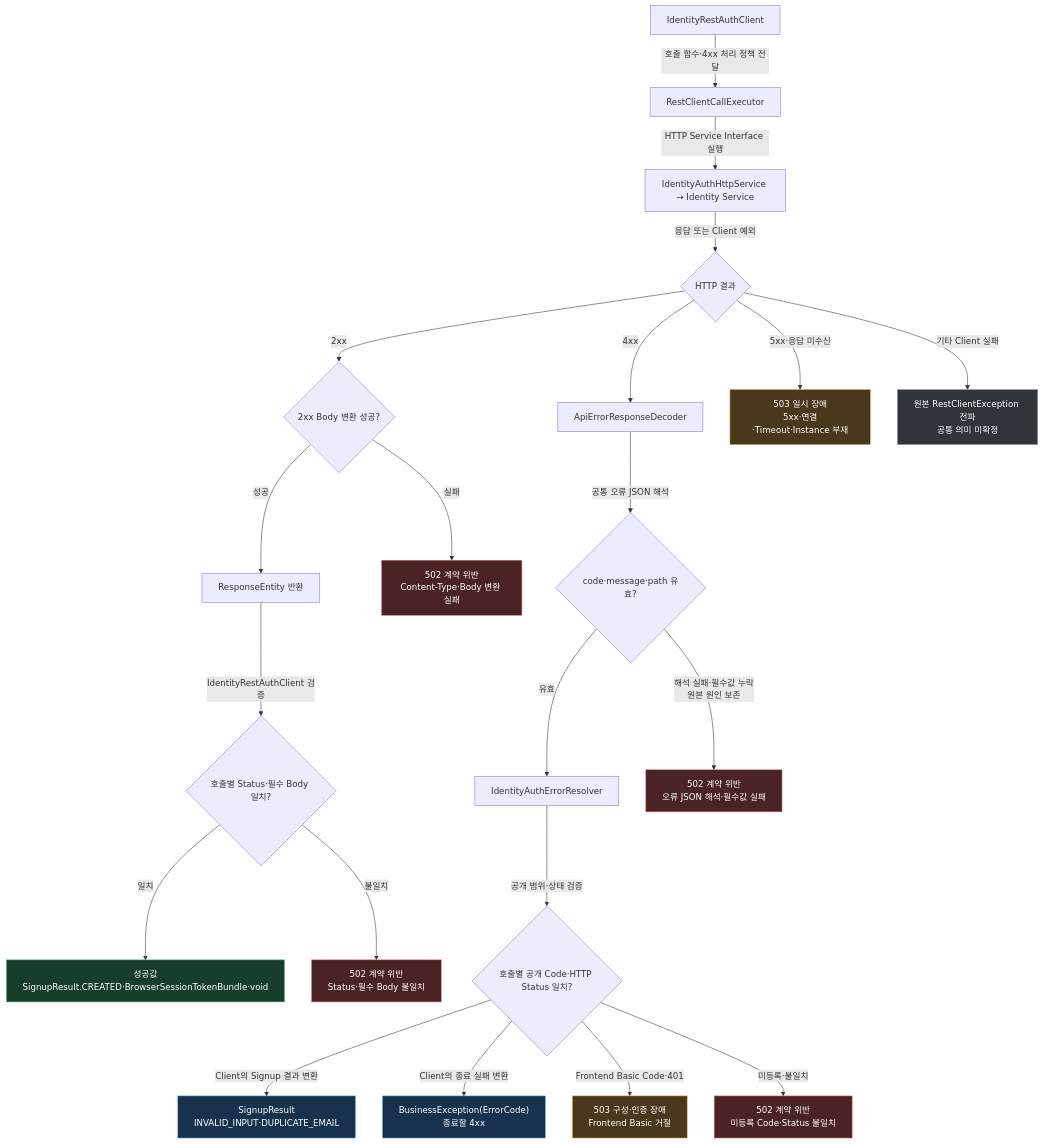
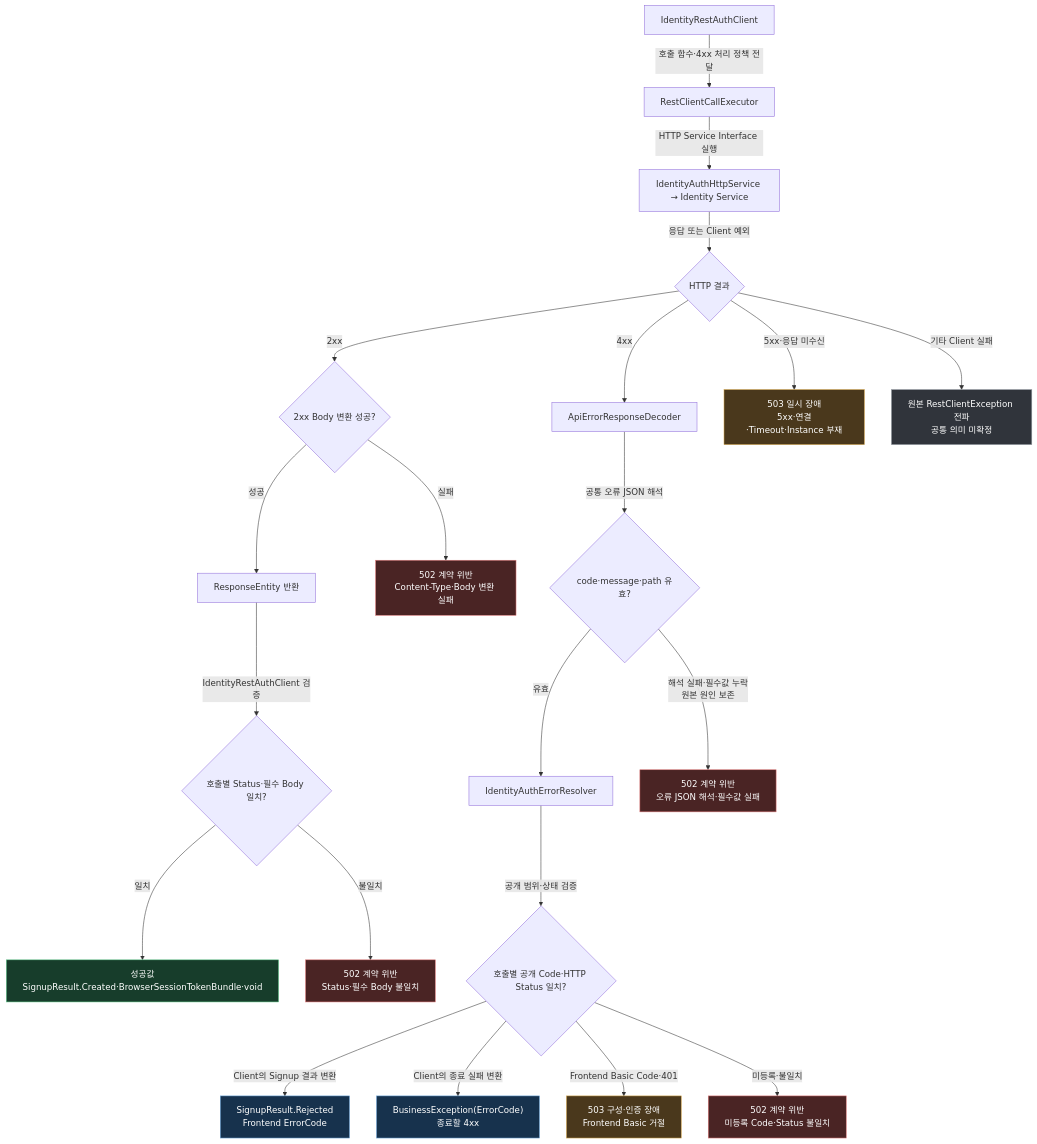
One commit to nhnacademy-aiot3-omagotchi/omagotchi-frontend changed the third of 3 diagrams in docs/onboarding/03-error-and-failure-flow.md. Above: the diagram before and after it, drawn with Mermaid. The commit also changed other lines of this file and 8 other files, not shown here.

````diff
--- a/docs/onboarding/03-error-and-failure-flow.md
+++ b/docs/onboarding/03-error-and-failure-flow.md
@@ -290,63 +300,63 @@
 ```mermaid
 flowchart TB
     Client["IdentityRestAuthClient"]
     Executor["RestClientCallExecutor"]
     Http["IdentityAuthHttpService → Identity Service"]
     Result{"HTTP 결과"}
 
     Body{"2xx Body 변환 성공?"}
     SuccessResponse["ResponseEntity 반환"]
     SuccessContract{"호출별 Status·필수 Body 일치?"}
-    Success["성공값<br/>SignupResult.CREATED·BrowserSessionTokenBundle·void"]
+    Success["성공값<br/>SignupResult.Created·BrowserSessionTokenBundle·void"]
     BodyFailure["502 계약 위반<br/>Content-Type·Body 변환 실패"]
     SuccessFailure["502 계약 위반<br/>Status·필수 Body 불일치"]
 
     Decoder["ApiErrorResponseDecoder"]
     ErrorBody{"code·message·path 유효?"}
     Resolver["IdentityAuthErrorResolver"]
     PublicContract{"호출별 공개 Code·HTTP Status 일치?"}
-    SignupResult["SignupResult<br/>INVALID_INPUT·DUPLICATE_EMAIL"]
+    SignupResult["SignupResult.Rejected<br/>Frontend ErrorCode"]
     PublicFailure["BusinessException(ErrorCode)<br/>종료할 4xx"]
     CredentialFailure["503 구성·인증 장애<br/>Frontend Basic 거절"]
     ErrorContractFailure["502 계약 위반<br/>오류 JSON 해석·필수값 실패"]
     PublicContractFailure["502 계약 위반<br/>미등록 Code·Status 불일치"]
 
     Unavailable["503 일시 장애<br/>5xx·연결·Timeout·Instance 부재"]
     Unknown["원본 RestClientException 전파<br/>공통 의미 미확정"]
 
     Client -->|"호출 함수·4xx 처리 정책 전달"| Executor
     Executor -->|"HTTP Service Interface 실행"| Http
     Http -->|"응답 또는 Client 예외"| Result
 
     Result -->|"2xx"| Body
     Body -->|"성공"| SuccessResponse
     Body -->|"실패"| BodyFailure
     SuccessResponse -->|"IdentityRestAuthClient 검증"| SuccessContract
     SuccessContract -->|"일치"| Success
     SuccessContract -->|"불일치"| SuccessFailure
 
     Result -->|"4xx"| Decoder
     Decoder -->|"공통 오류 JSON 해석"| ErrorBody
     ErrorBody -->|"유효"| Resolver
     ErrorBody -->|"해석 실패·필수값 누락<br/>원본 원인 보존"| ErrorContractFailure
     Resolver -->|"공개 범위·상태 검증"| PublicContract
     PublicContract -->|"Client의 Signup 결과 변환"| SignupResult
     PublicContract -->|"Client의 종료 실패 변환"| PublicFailure
     PublicContract -->|"Frontend Basic Code·401"| CredentialFailure
     PublicContract -->|"미등록·불일치"| PublicContractFailure
 
     Result -->|"5xx·응답 미수신"| Unavailable
     Result -->|"기타 Client 실패"| Unknown
 
     classDef success fill:#173d2b,stroke:#62c98b,color:#ffffff
     classDef expected fill:#17324d,stroke:#6ea8dc,color:#ffffff
     classDef contract fill:#4a2424,stroke:#e07a7a,color:#ffffff
     classDef unavailable fill:#4a381c,stroke:#d6a84f,color:#ffffff
     classDef passthrough fill:#30343b,stroke:#9aa0a6,color:#ffffff
 
     class Success success
     class SignupResult,PublicFailure expected
     class BodyFailure,SuccessFailure,ErrorContractFailure,PublicContractFailure contract
     class CredentialFailure,Unavailable unavailable
     class Unknown passthrough
 ```
````
